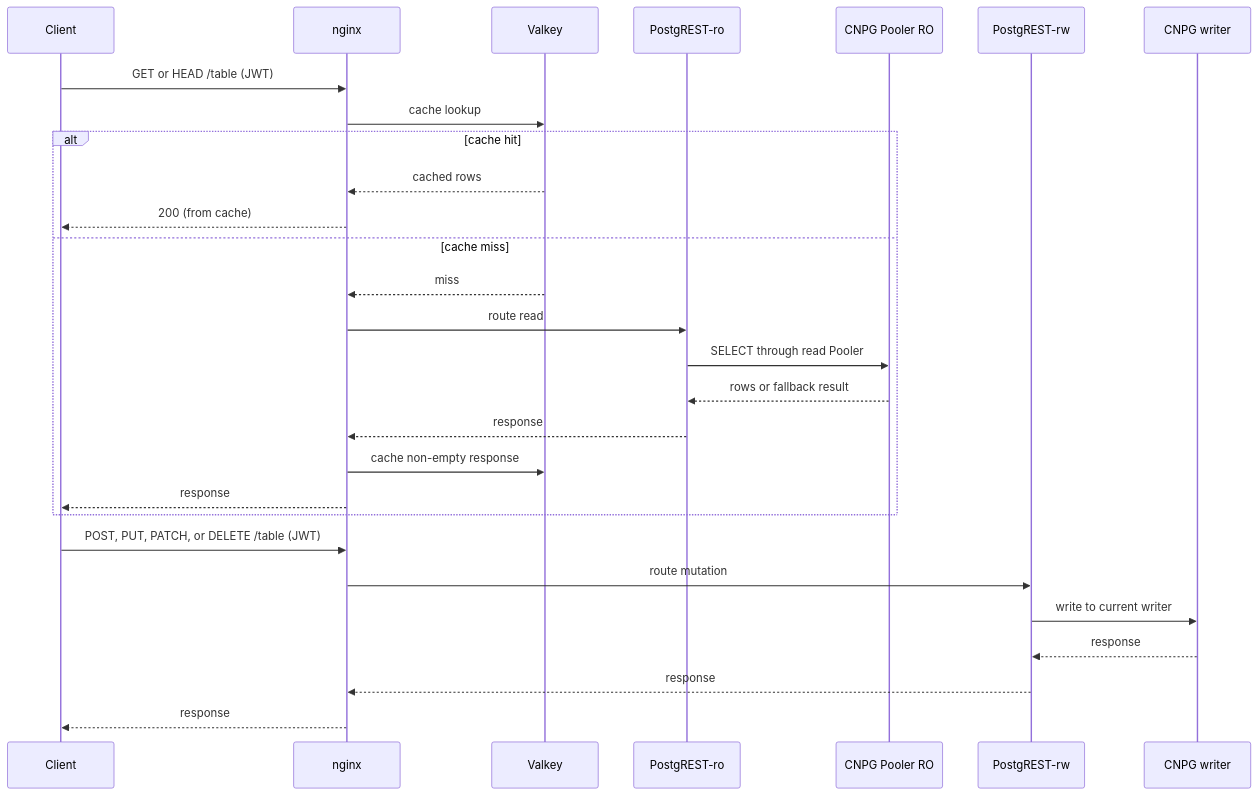
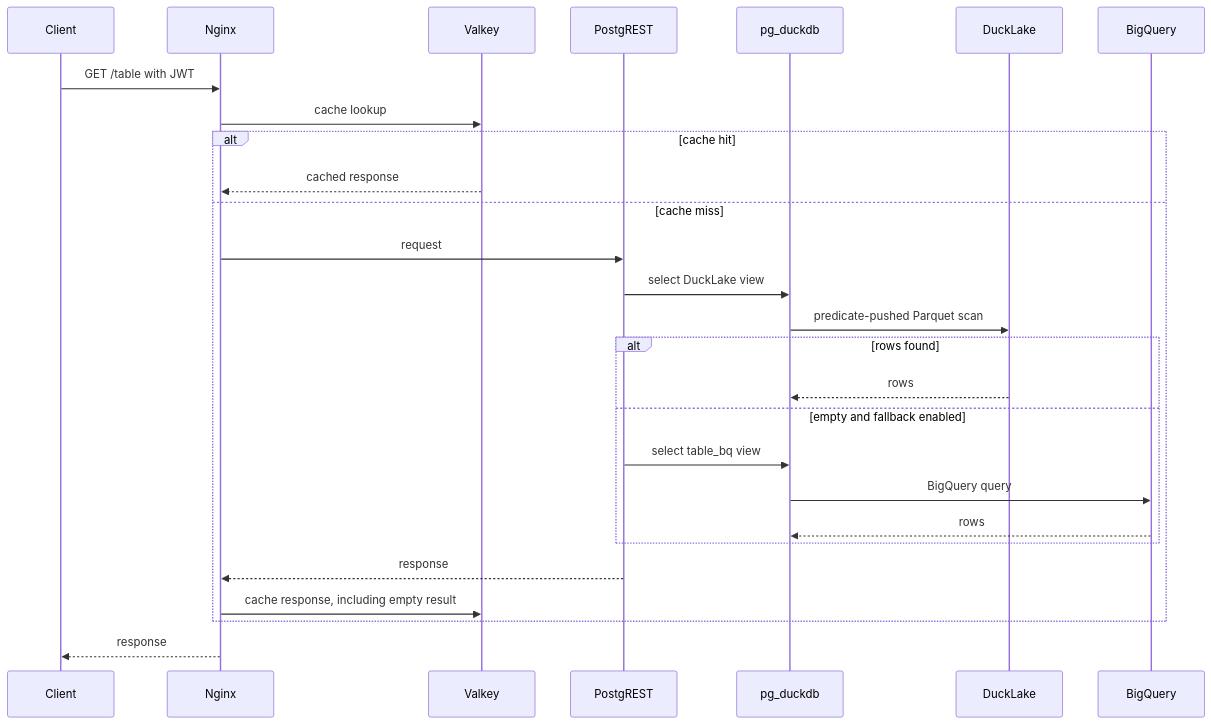
Before and after one commit to prefeitura-rio/data-proxy: the second of 2 diagrams in docs/architecture.md, drawn with Mermaid. The commit also changed other lines of this file and 10 other files, not shown here.

First line of the commit message:
docs: update documentation for DuckLake architecture

````diff
--- a/docs/architecture.md
+++ b/docs/architecture.md
@@ -158,31 +105,30 @@
 ```mermaid
 sequenceDiagram
     participant C as Client
-    participant N as nginx
-    participant R as Valkey
-    participant RO as PostgREST-ro
-    participant RP as CNPG Pooler RO
-    participant RW as PostgREST-rw
-    participant CW as CNPG writer
+    participant N as Nginx
+    participant V as Valkey
+    participant API as PostgREST
+    participant PG as pg_duckdb
+    participant DL as DuckLake
+    participant BQ as BigQuery
 
-    C->>N: GET or HEAD /table (JWT)
-    N->>R: cache lookup
+    C->>N: GET /table with JWT
+    N->>V: cache lookup
     alt cache hit
-        R-->>N: cached rows
-        N-->>C: 200 (from cache)
+        V-->>N: cached response
     else cache miss
-        R-->>N: miss
-        N->>RO: route read
-        RO->>RP: SELECT through read Pooler
-        RP-->>RO: rows or fallback result
-        RO-->>N: response
-        N->>R: cache non-empty response
-        N-->>C: response
+        N->>API: request
+        API->>PG: select DuckLake view
+        PG->>DL: predicate-pushed Parquet scan
+        alt rows found
+            DL-->>PG: rows
+        else empty and fallback enabled
+            API->>PG: select table_bq view
+            PG->>BQ: BigQuery query
+            BQ-->>PG: rows
+        end
+        API-->>N: response
+        N->>V: cache response, including empty result
     end
-    C->>N: POST, PUT, PATCH, or DELETE /table (JWT)
-    N->>RW: route mutation
-    RW->>CW: write to current writer
-    CW-->>RW: response
-    RW-->>N: response
     N-->>C: response
 ```
````
